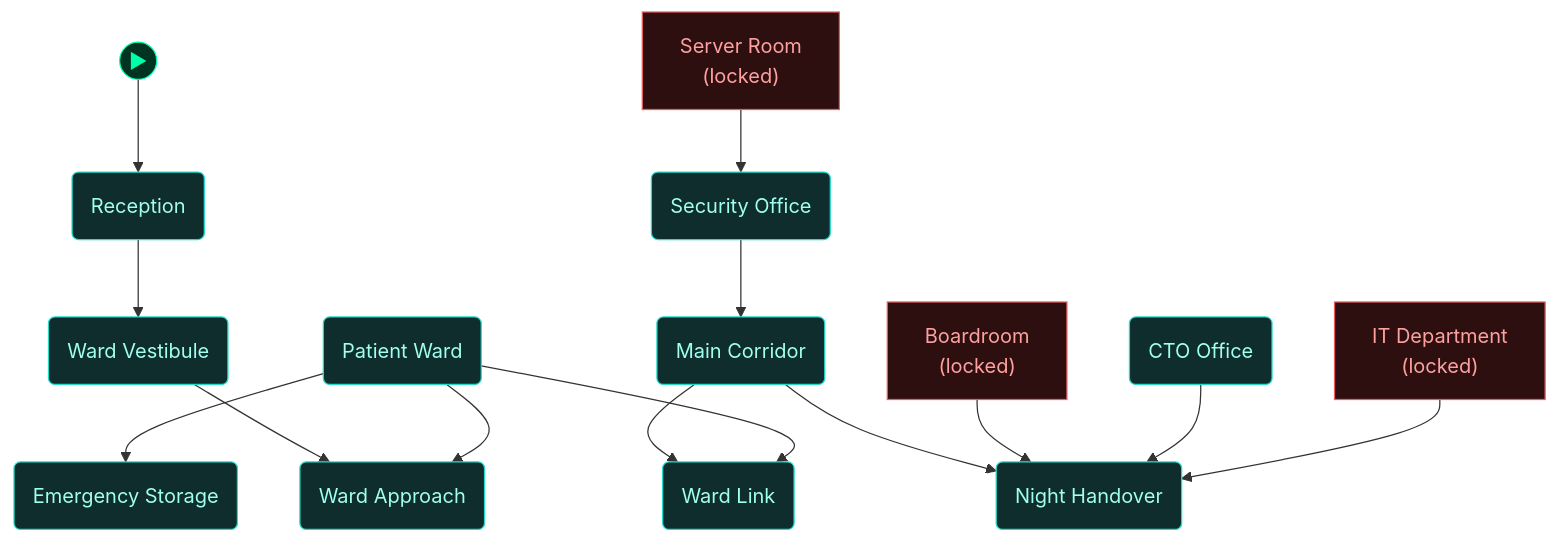
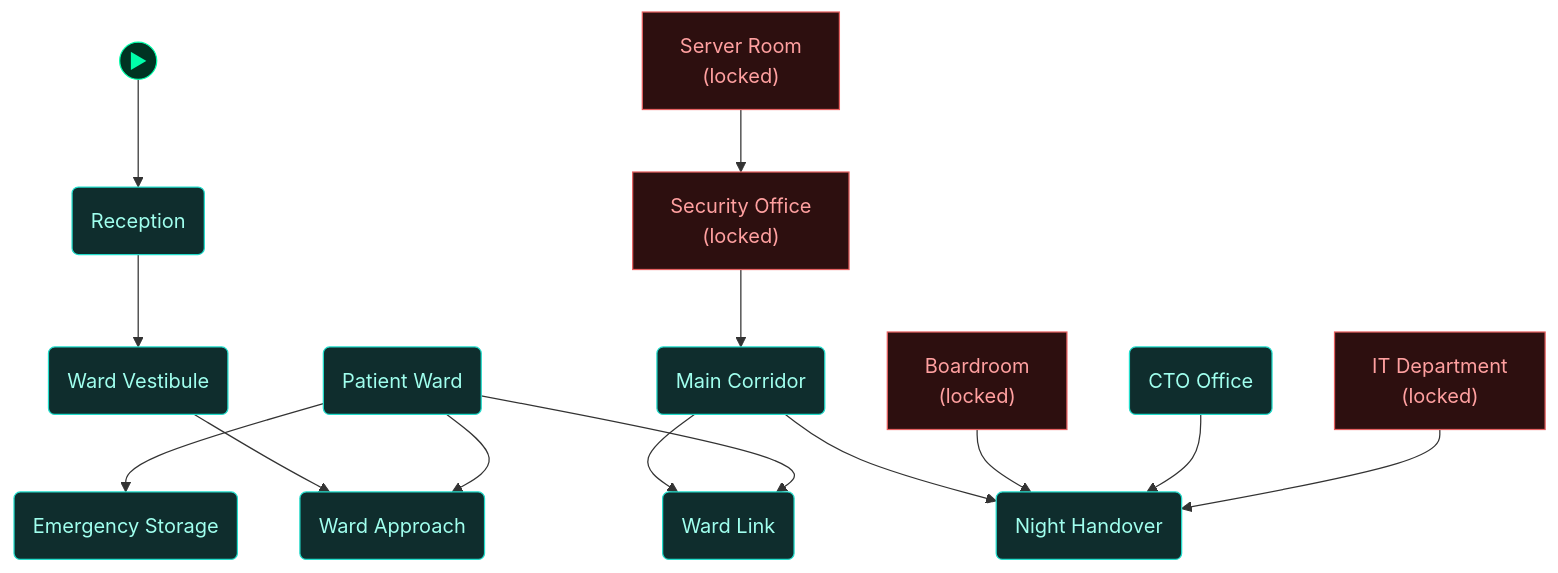
The fourth of 5 diagrams in scenarios/m02_ransomed_trust/dungeon_graph.md (cliffe/BreakEscape), drawn with Mermaid before and after one commit. The commit also changed other lines of this file and 39 other files, not shown here.

````diff
--- a/scenarios/m02_ransomed_trust/dungeon_graph.md
+++ b/scenarios/m02_ransomed_trust/dungeon_graph.md
@@ -668,52 +683,52 @@
 ```mermaid
 flowchart TD
 
   classDef room      fill:#0f2d2d,stroke:#22ddcc,color:#a0ffee
   classDef lock      fill:#2d0f0f,stroke:#e66060,color:#ffa0a0
   classDef key       fill:#2d0812,stroke:#e66060,color:#ffa0a0
   classDef item      fill:#2d1200,stroke:#e89030,color:#ffcc80
   classDef gate      fill:#111,stroke:#666,color:#eee
   classDef vm        fill:#0c1f40,stroke:#4a90d9,color:#a0c8ff
   classDef flag      fill:#1a0c2d,stroke:#9060d0,color:#cc99ff
   classDef action    fill:#1a1200,stroke:#cc9922,color:#ffee88
   classDef aim       fill:#0d2a0d,stroke:#44cc44,color:#88ff88
   classDef aim_gate  fill:#111111,stroke:#44cc44,color:#44cc44
   classDef container fill:#1a2d1a,stroke:#60b060,color:#a0e0a0
   classDef npc       fill:#2d1f0d,stroke:#d0a050,color:#ffe0a0
   classDef critical  fill:#2a1500,stroke:#ffaa00,color:#ffdd88
   classDef start     fill:#003322,stroke:#00ffaa,color:#00ffaa
 
   node_start(("▶"))
   node_start --> reception_lobby
 
   reception_lobby("Reception")
   hospital_ward("Patient Ward")
   it_department["IT Department<br/>(locked)"]
   server_room["Server Room<br/>(locked)"]
   emergency_equipment_storage("Emergency Storage")
   dr_kim_office("CTO Office")
   conference_room["Boardroom<br/>(locked)"]
-  security_office("Security Office")
+  security_office["Security Office<br/>(locked)"]
   office_corridor("Main Corridor")
   staff_room("Night Handover")
   ward_hall("Ward Link")
   ward_vestibule("Ward Vestibule")
   ward_approach("Ward Approach")
 
   reception_lobby --> ward_vestibule
   hospital_ward --> ward_approach
   hospital_ward --> ward_hall
   hospital_ward --> emergency_equipment_storage
   it_department --> staff_room
   server_room --> security_office
   dr_kim_office --> staff_room
   conference_room --> staff_room
   security_office --> office_corridor
   office_corridor --> ward_hall
   office_corridor --> staff_room
   ward_vestibule --> ward_approach
 
-  class reception_lobby,hospital_ward,emergency_equipment_storage,dr_kim_office,security_office,office_corridor,staff_room,ward_hall,ward_vestibule,ward_approach room
-  class it_department,server_room,conference_room lock
+  class reception_lobby,hospital_ward,emergency_equipment_storage,dr_kim_office,office_corridor,staff_room,ward_hall,ward_vestibule,ward_approach room
+  class it_department,server_room,conference_room,security_office lock
   class node_start start
 ```
````
